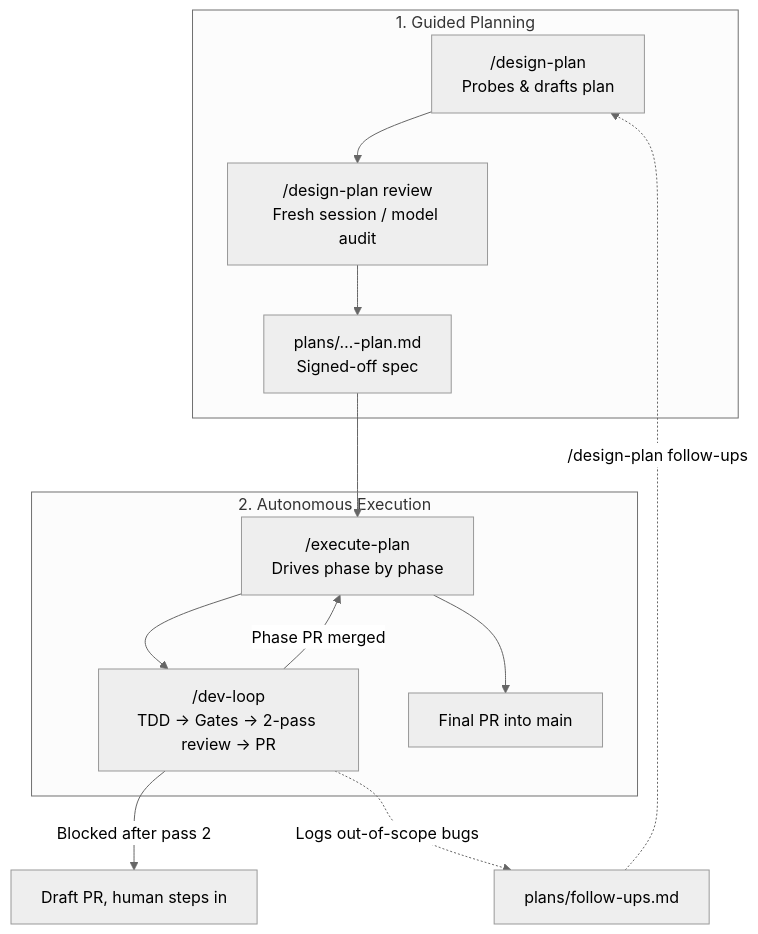
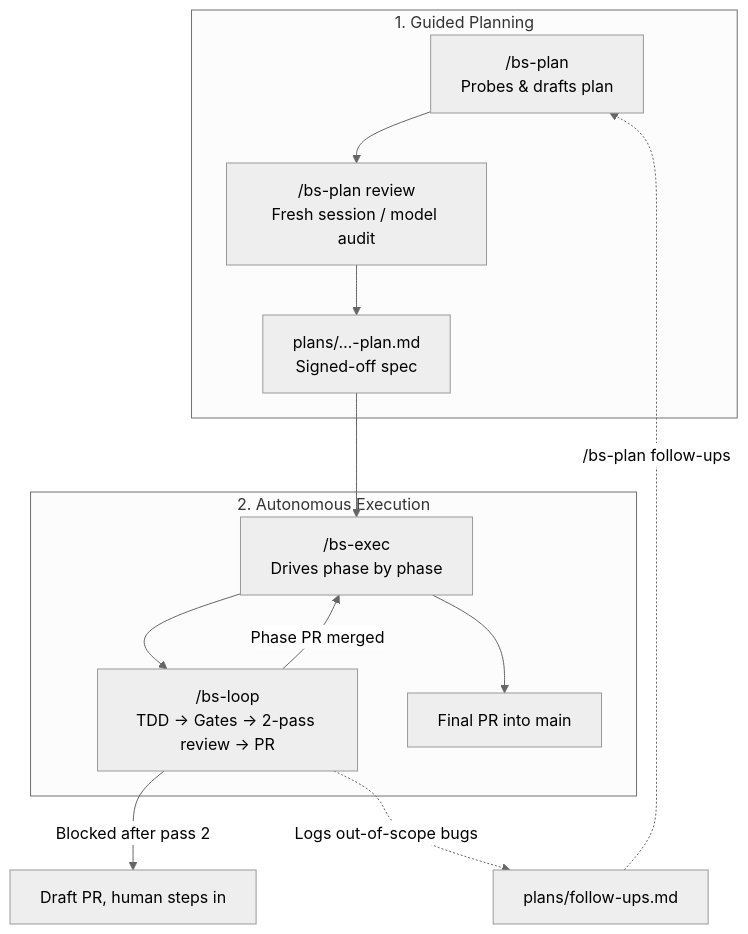
One commit to seriva/bootstrap changed the diagram in README.md. Above: the diagram before and after it, drawn with Mermaid (neutral theme). The commit also changed other lines of this file and 14 other files, not shown here.

````diff
--- a/README.md
+++ b/README.md
@@ -62,18 +62,18 @@
 ```mermaid
 flowchart TD
     subgraph Guide["1. Guided Planning"]
-        DP["/design-plan<br/>Probes & drafts plan"] --> DPreview["/design-plan review<br/>Fresh session / model audit"]
+        DP["/bs-plan<br/>Probes & drafts plan"] --> DPreview["/bs-plan review<br/>Fresh session / model audit"]
         DPreview --> Plan["plans/…-plan.md<br/>Signed-off spec"]
     end
 
     subgraph Auto["2. Autonomous Execution"]
-        Plan --> EP["/execute-plan<br/>Drives phase by phase"]
-        EP --> DL["/dev-loop<br/>TDD → Gates → 2-pass review → PR"]
+        Plan --> EP["/bs-exec<br/>Drives phase by phase"]
+        EP --> DL["/bs-loop<br/>TDD → Gates → 2-pass review → PR"]
         DL -->|"Phase PR merged"| EP
         EP --> Final["Final PR into main"]
     end
 
     DL -->|"Blocked after pass 2"| Human["Draft PR, human steps in"]
     DL -.->|"Logs out-of-scope bugs"| FU["plans/follow-ups.md"]
-    FU -.->|"/design-plan follow-ups"| DP
+    FU -.->|"/bs-plan follow-ups"| DP
 ```
````
